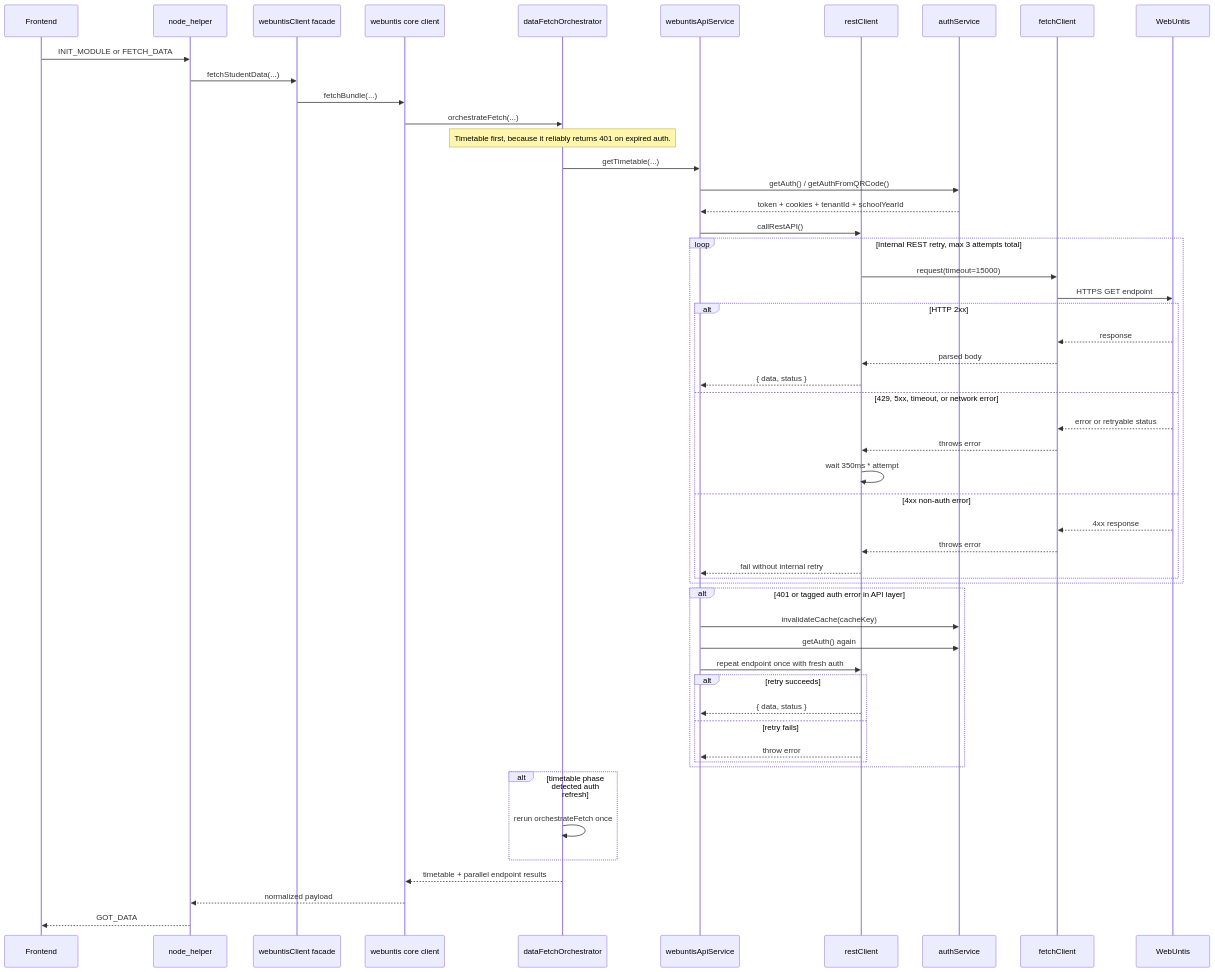
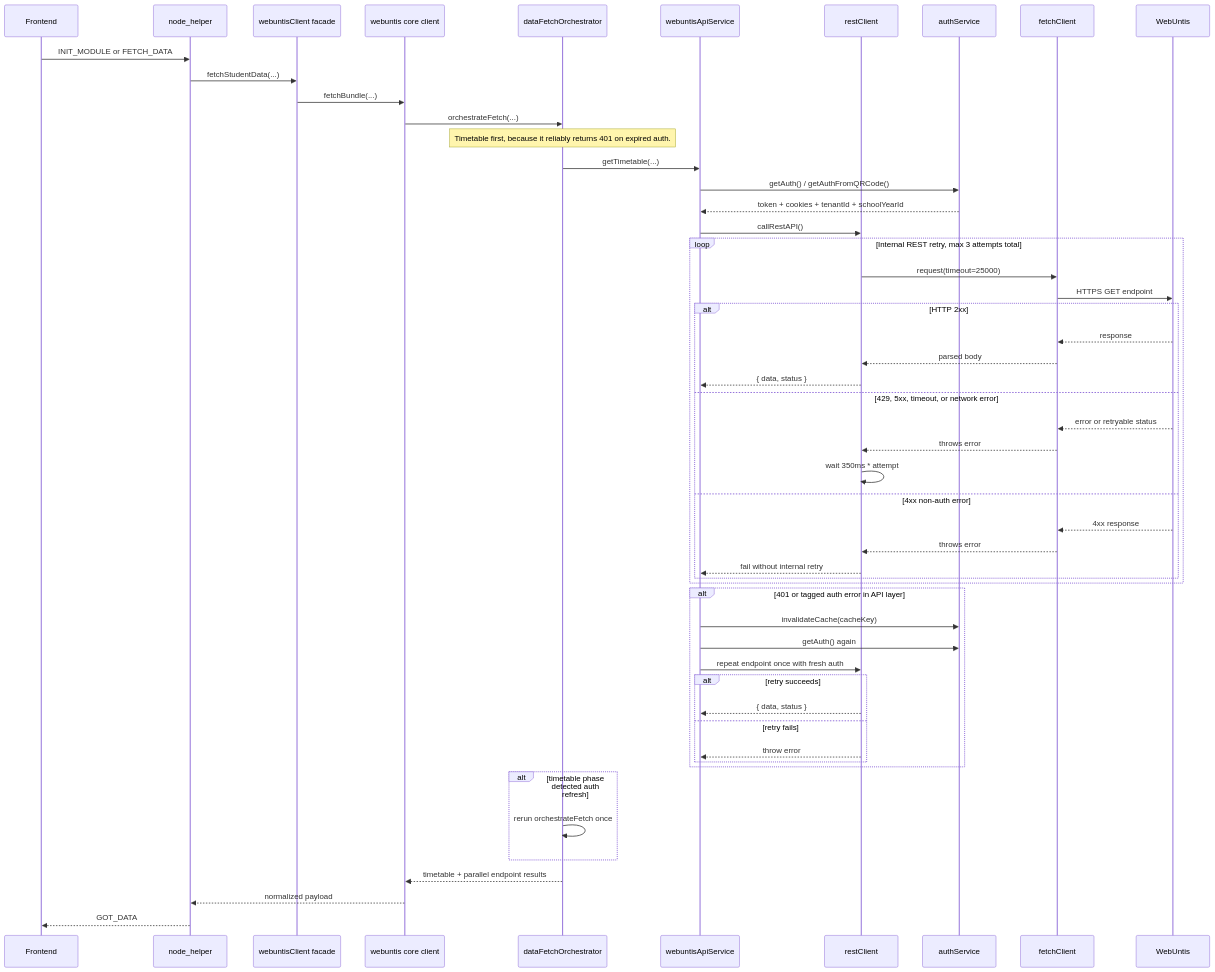
One commit to HeikoGr/MMM-Webuntis changed the second of 2 diagrams in docs/SERVER_REQUEST_FLOW.md. Above: the diagram before and after it, drawn with Mermaid. The commit also changed other lines of this file and 27 other files, not shown here.

````diff
--- a/docs/SERVER_REQUEST_FLOW.md
+++ b/docs/SERVER_REQUEST_FLOW.md
@@ -112,62 +112,62 @@
 ```mermaid
 sequenceDiagram
     participant FE as Frontend
     participant NH as node_helper
     participant WF as webuntisClient facade
     participant WC as webuntis core client
     participant OR as dataFetchOrchestrator
     participant API as webuntisApiService
     participant RC as restClient
     participant AU as authService
     participant FC as fetchClient
     participant WU as WebUntis
 
     FE->>NH: INIT_MODULE or FETCH_DATA
     NH->>WF: fetchStudentData(...)
     WF->>WC: fetchBundle(...)
     WC->>OR: orchestrateFetch(...)
 
     Note over OR: Timetable first, because it reliably returns 401 on expired auth.
 
     OR->>API: getTimetable(...)
     API->>AU: getAuth() / getAuthFromQRCode()
     AU-->>API: token + cookies + tenantId + schoolYearId
     API->>RC: callRestAPI()
 
     loop Internal REST retry, max 3 attempts total
-        RC->>FC: request(timeout=15000)
+        RC->>FC: request(timeout=25000)
         FC->>WU: HTTPS GET endpoint
         alt HTTP 2xx
             WU-->>FC: response
             FC-->>RC: parsed body
             RC-->>API: { data, status }
         else 429, 5xx, timeout, or network error
             WU-->>FC: error or retryable status
             FC-->>RC: throws error
             RC->>RC: wait 350ms * attempt
         else 4xx non-auth error
             WU-->>FC: 4xx response
             FC-->>RC: throws error
             RC-->>API: fail without internal retry
         end
     end
 
     alt 401 or tagged auth error in API layer
         API->>AU: invalidateCache(cacheKey)
         API->>AU: getAuth() again
         API->>RC: repeat endpoint once with fresh auth
         alt retry succeeds
             RC-->>API: { data, status }
         else retry fails
             RC-->>API: throw error
         end
     end
 
     alt timetable phase detected auth refresh
         OR->>OR: rerun orchestrateFetch once
     end
 
     OR-->>WC: timetable + parallel endpoint results
     WC-->>NH: normalized payload
     NH-->>FE: GOT_DATA
 ```
````
